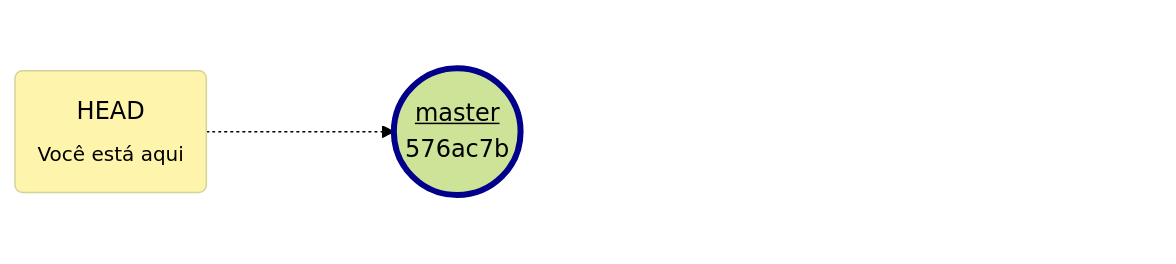
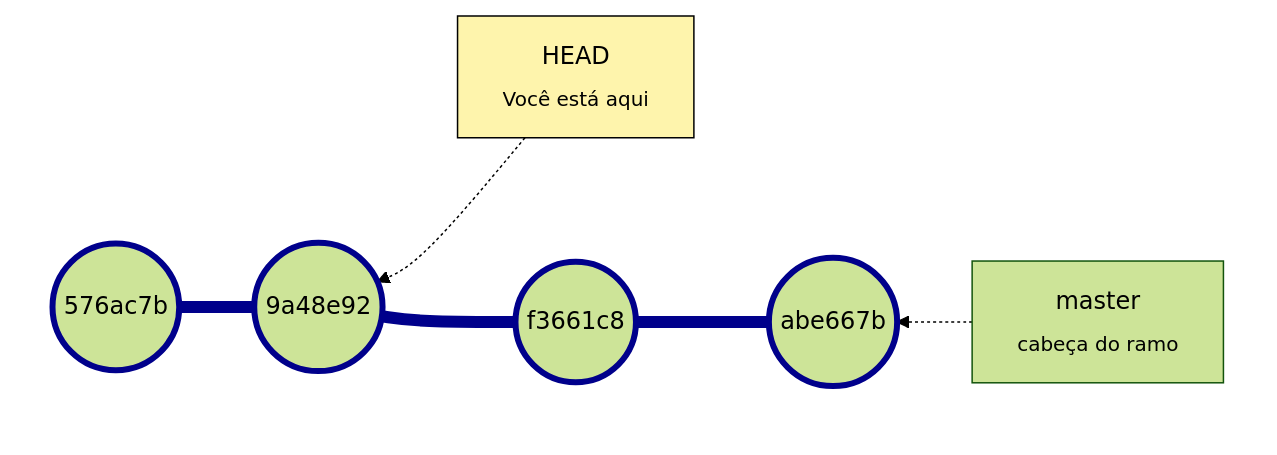
One commit to yxuo/learning changed the second of 8 diagrams in git/courses/rbtech/lessons/lang/pt/lesson-5.pt.md. Above: the diagram before and after it, drawn with Mermaid (forest theme). The commit also changed other lines of this file, not shown here.

````diff
--- a/git/courses/rbtech/lessons/lang/pt/lesson-5.pt.md
+++ b/git/courses/rbtech/lessons/lang/pt/lesson-5.pt.md
@@ -161,16 +160,18 @@
 ```mermaid
-flowchart LR
-subgraph L1[" "]
-a(("<u>master</u><br>576ac7b"))---b(("9a48e92"))---c(("f3661c8"))---d(("abe667b"))
+flowchart RL
+
+H["HEAD<br><sub>Você está aqui"] -.-> c
+
+subgraph S1[" "]
+B1["master<br><sub>cabeça do ramo"]-.->a
+a(("abe667b"))---b(("f3661c8"))---c(("9a48e92"))---d(("576ac7b"))
 end
-N("HEAD<br><sub>Você está aqui") -..-> a
 
-style L1 fill: transparent, stroke: transparent
-style N fill:#fef4ac, stroke:#d3d398
+style H fill:#fef4ac, stroke:black
+style S1 fill: transparent, stroke: transparent
 style a stroke:darkblue, stroke-width: 4px
-style b stroke-width: 0, fill: transparent,color: transparent
-style c stroke-width: 0, fill: transparent,color: transparent
-style d stroke-width: 0, fill: transparent,color: transparent
-
-linkStyle 0,1,2 stroke: transparent
+style b stroke:darkblue, stroke-width: 4px
+style c stroke:darkblue, stroke-width: 4px
+style d stroke:darkblue, stroke-width: 4px
+linkStyle 2,3,4 stroke:darkblue,stroke-width:8px;
 ```
````
